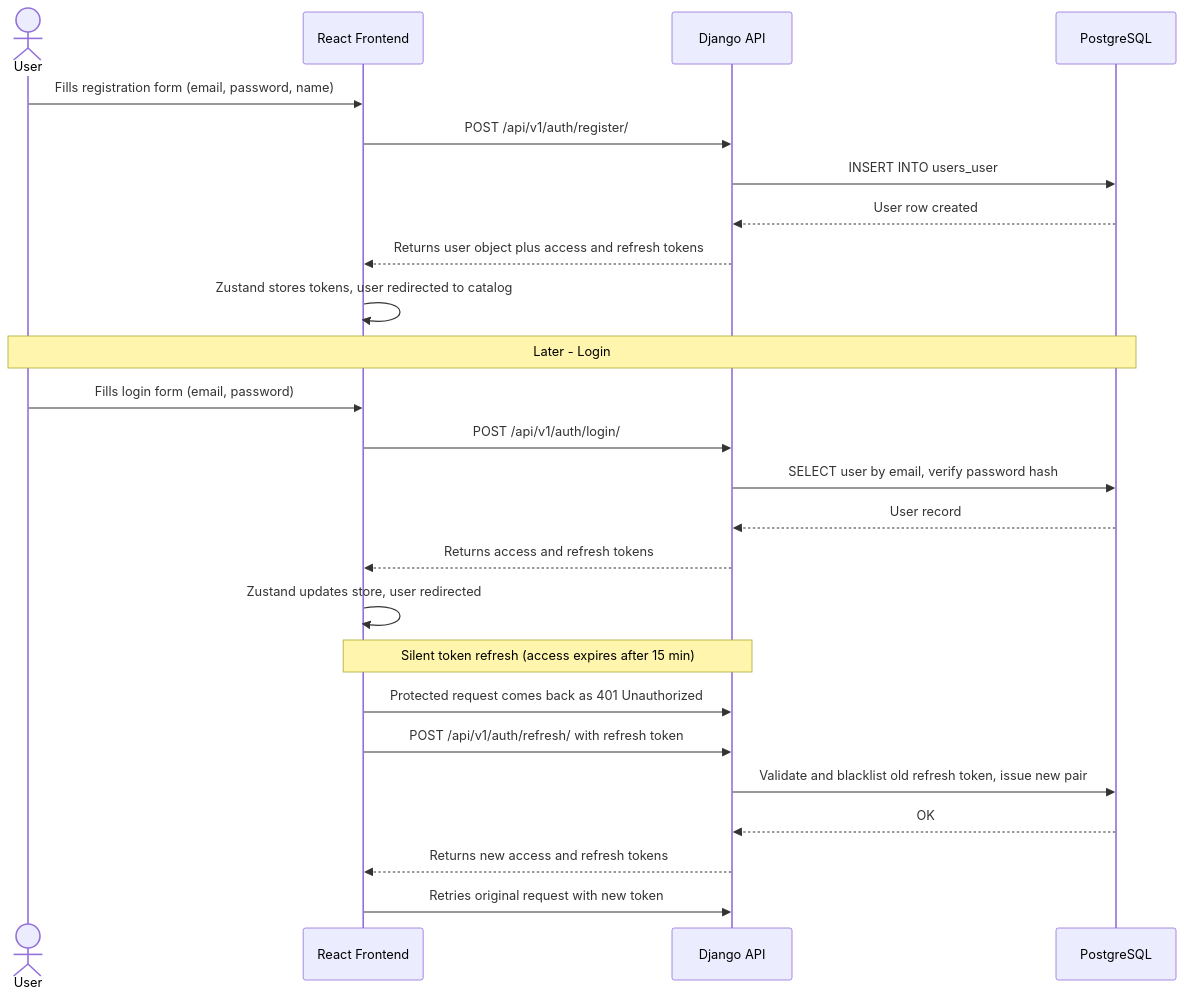
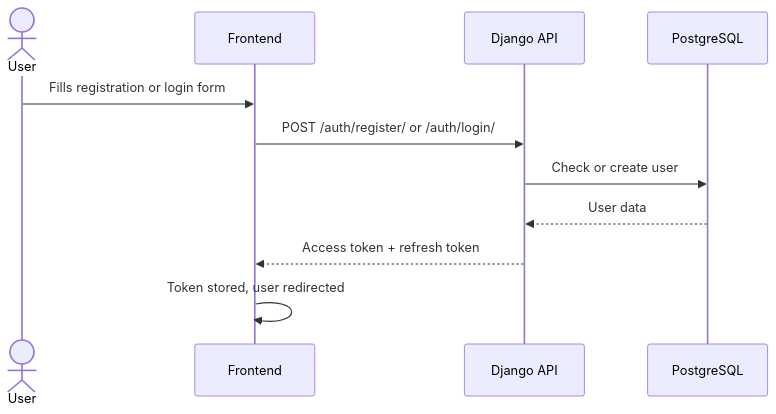
Before and after one commit to victormonnot/Kessia: the third of 5 diagrams in Technical Documentation (Stage 3).md, drawn with Mermaid. The commit also changed other lines of this file, not shown here.

Commit message:
fix: Simplified Sequence diagrams to improve readability

````diff
--- a/Technical Documentation (Stage 3).md
+++ b/Technical Documentation (Stage 3).md
@@ -404,31 +404,14 @@
 ```mermaid
 sequenceDiagram
     actor User
-    participant FE as React Frontend
+    participant FE as Frontend
     participant BE as Django API
     participant DB as PostgreSQL
 
-    User->>FE: Fills registration form (email, password, name)
-    FE->>BE: POST /api/v1/auth/register/
-    BE->>DB: INSERT INTO users_user
-    DB-->>BE: User row created
-    BE-->>FE: Returns user object plus access and refresh tokens
-    FE->>FE: Zustand stores tokens, user redirected to catalog
-
-    Note over User,DB: Later - Login
-
-    User->>FE: Fills login form (email, password)
-    FE->>BE: POST /api/v1/auth/login/
-    BE->>DB: SELECT user by email, verify password hash
-    DB-->>BE: User record
-    BE-->>FE: Returns access and refresh tokens
-    FE->>FE: Zustand updates store, user redirected
-
-    Note over FE,BE: Silent token refresh (access expires after 15 min)
-    FE->>BE: Protected request comes back as 401 Unauthorized
-    FE->>BE: POST /api/v1/auth/refresh/ with refresh token
-    BE->>DB: Validate and blacklist old refresh token, issue new pair
-    DB-->>BE: OK
-    BE-->>FE: Returns new access and refresh tokens
-    FE->>BE: Retries original request with new token
+    User->>FE: Fills registration or login form
+    FE->>BE: POST /auth/register/ or /auth/login/
+    BE->>DB: Check or create user
+    DB-->>BE: User data
+    BE-->>FE: Access token + refresh token
+    FE->>FE: Token stored, user redirected
 ```
````
